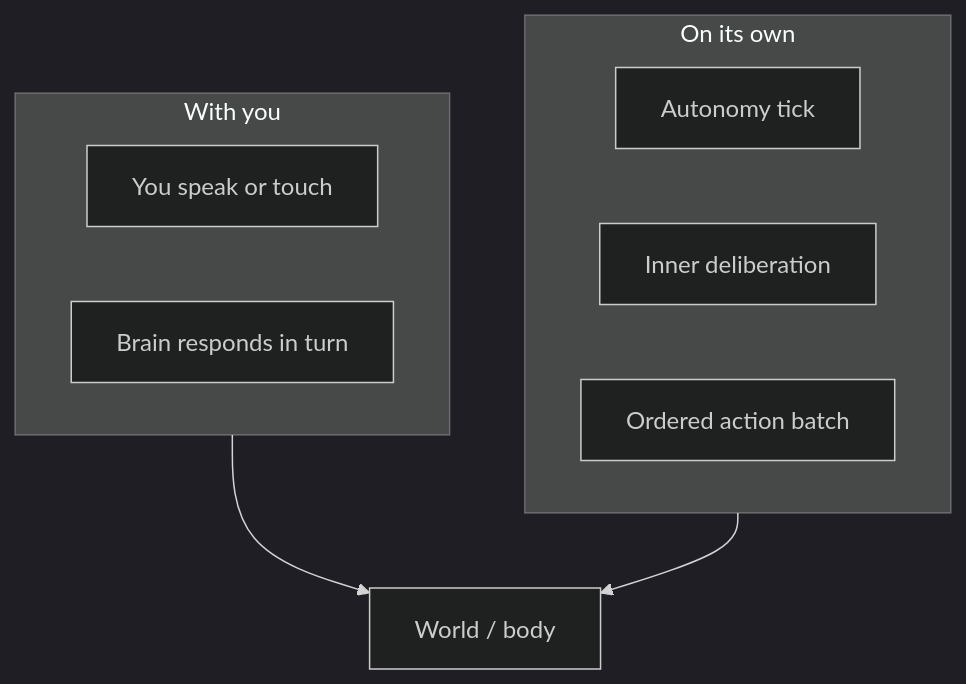
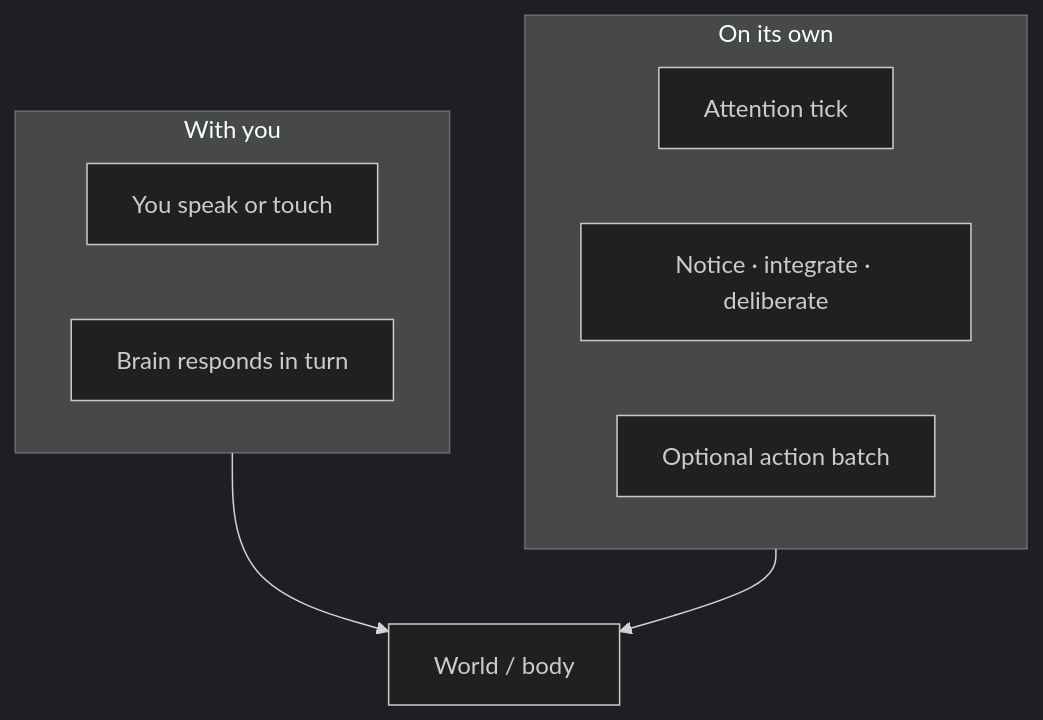
Before and after one commit to Velfi/AffectiveCore: the first of 7 diagrams in docs/05-when-it-acts-alone.md, drawn with Mermaid (dark theme). The commit also changed other lines of this file and 147 other files, not shown here.

````diff
--- a/docs/05-when-it-acts-alone.md
+++ b/docs/05-when-it-acts-alone.md
@@ -9,16 +9,16 @@
 ```mermaid
 flowchart TB
     subgraph Interaction["With you"]
         I1[You speak or touch]
         I2[Brain responds in turn]
     end
 
-    subgraph Autonomy["On its own"]
-        A1[Autonomy tick]
-        A2[Inner deliberation]
-        A3[Ordered action batch]
+    subgraph Agency["On its own"]
+        A1[Attention tick]
+        A2[Notice · integrate · deliberate]
+        A3[Optional action batch]
     end
 
     Interaction --> World[World / body]
-    Autonomy --> World
+    Agency --> World
 ```
````
